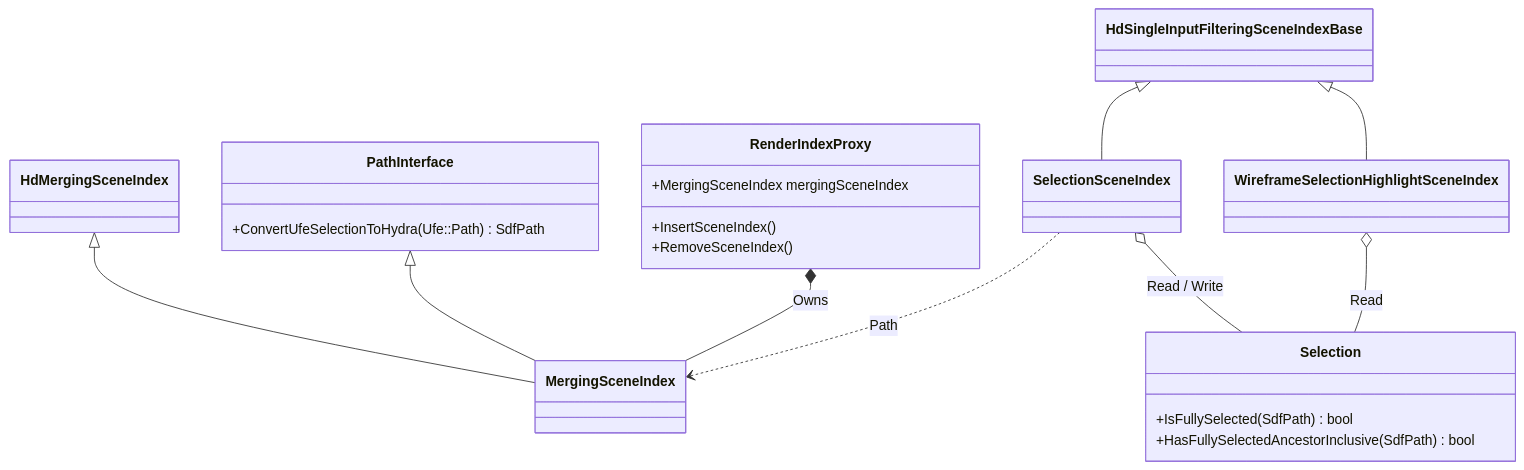
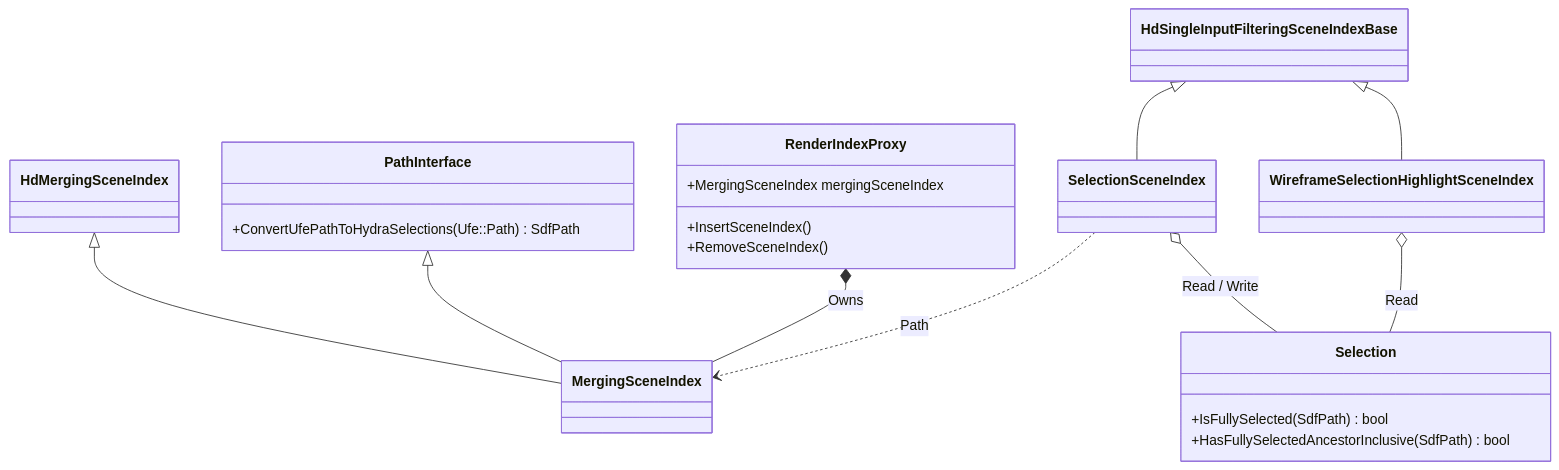
The second of 2 diagrams in doc/selectionHighlightingArchitecture.md (Autodesk/maya-hydra), drawn with Mermaid before and after one commit. The commit also changed other lines of this file and 20 other files, not shown here.

Commit message:
Rename ConvertUfeSelectionToHydra

````diff
--- a/doc/selectionHighlightingArchitecture.md
+++ b/doc/selectionHighlightingArchitecture.md
@@ -226,39 +226,39 @@
 ```mermaid
 classDiagram
 class HdSingleInputFilteringSceneIndexBase
 class HdMergingSceneIndex
 
 class Selection{
 +IsFullySelected(SdfPath) bool
 +HasFullySelectedAncestorInclusive(SdfPath) bool
 }
 
 class PathInterface{
-+ConvertUfeSelectionToHydra(Ufe::Path) SdfPath
++ConvertUfePathToHydraSelections(Ufe::Path) SdfPath
 }
 
 class SelectionSceneIndex
 class MergingSceneIndex
 class WireframeSelectionHighlightSceneIndex
 
 class RenderIndexProxy{
 +MergingSceneIndex mergingSceneIndex
 +InsertSceneIndex()
 +RemoveSceneIndex()
 }
 
 HdSingleInputFilteringSceneIndexBase <|-- SelectionSceneIndex
 
 HdMergingSceneIndex <|-- MergingSceneIndex
 PathInterface       <|-- MergingSceneIndex
 
 HdSingleInputFilteringSceneIndexBase <|-- WireframeSelectionHighlightSceneIndex
 
 RenderIndexProxy *-- MergingSceneIndex : Owns
 
 SelectionSceneIndex ..> MergingSceneIndex : Path
 
 SelectionSceneIndex o-- Selection : Read / Write
 
 WireframeSelectionHighlightSceneIndex o-- Selection : Read
 ```
````
